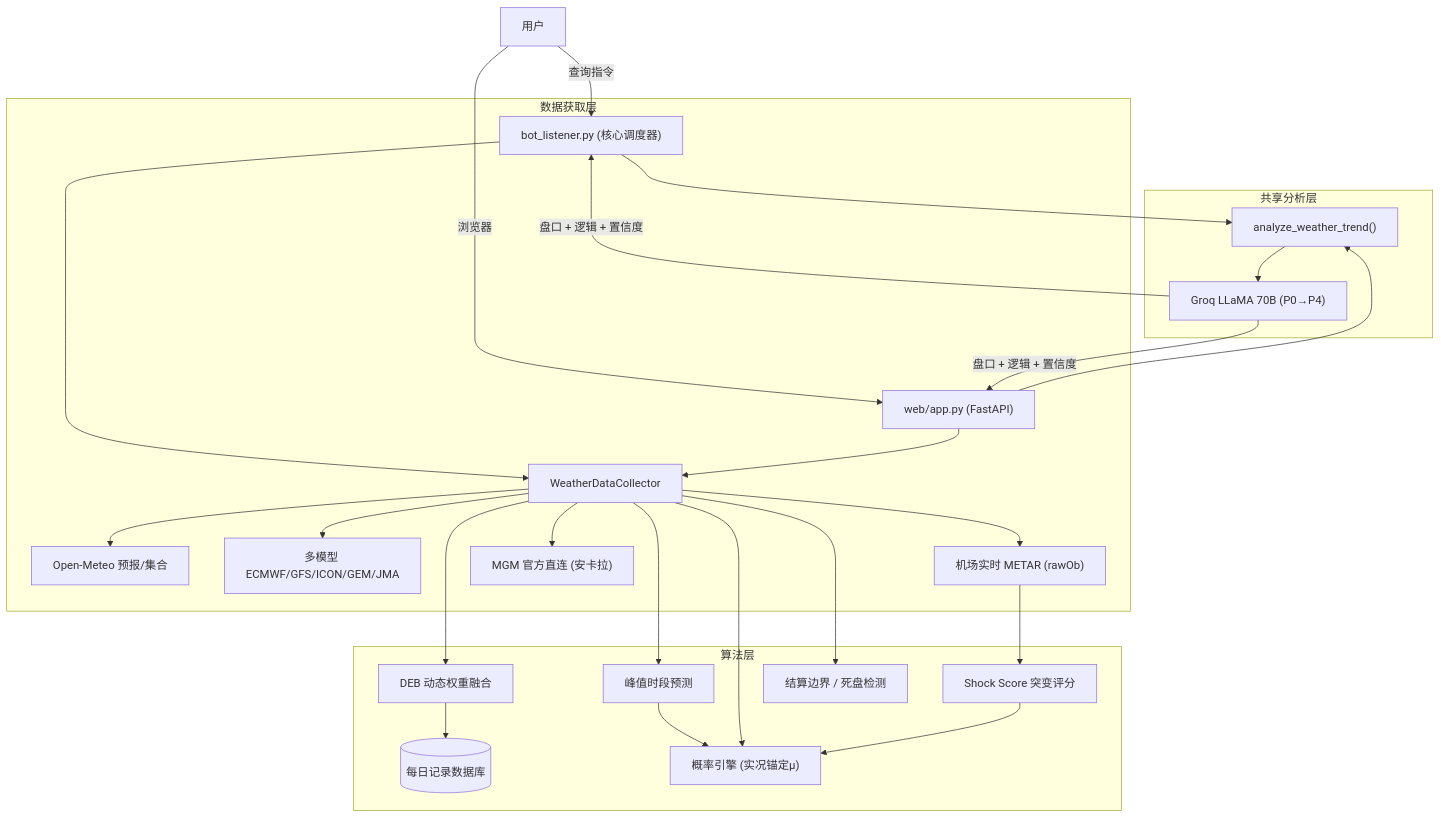
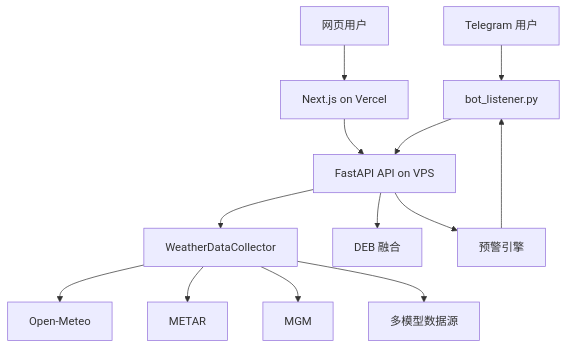
The diagram in README_ZH.md (ivanmladek/PolyWeather), drawn with Mermaid before and after one commit. The commit also changed other lines of this file and 6 other files, not shown here.

Commit message:
feat: Add database-backed user and subscription management, update project architecture documentation, and outline technical debt.

````diff
--- a/README_ZH.md
+++ b/README_ZH.md
@@ -156,34 +155,15 @@
 ```mermaid
 graph TD
-    User[用户] -->|查询指令| Bot["bot_listener.py (核心调度器)"]
-    User -->|浏览器| Web["web/app.py (FastAPI)"]
-
-    subgraph 数据获取层
-        Bot --> Collector[WeatherDataCollector]
-        Web --> Collector
-        Collector --> OM[Open-Meteo 预报/集合]
-        Collector --> MM[多模型 ECMWF/GFS/ICON/GEM/JMA]
-        Collector --> METAR["机场实时 METAR (rawOb)"]
-        Collector --> MGM["MGM 官方直连 (安卡拉)"]
-    end
-
-    subgraph 算法层
-        Collector --> Peak[峰值时段预测]
-        Collector --> DEB[DEB 动态权重融合]
-        DEB --> DB[(每日记录数据库)]
-        Peak --> Prob["概率引擎 (实况锚定μ)"]
-        Collector --> Prob
-        METAR --> Shock[Shock Score 突变评分]
-        Shock --> Prob
-        Collector --> Logic["结算边界 / 死盘检测"]
-    end
-
-    subgraph 共享分析层
-        Bot --> ATF["analyze_weather_trend()"]
-        Web --> ATF
-        ATF --> AI["Groq LLaMA 70B (P0→P4)"]
-    end
-
-    AI -->|盘口 + 逻辑 + 置信度| Bot
-    AI -->|盘口 + 逻辑 + 置信度| Web
+    User[Telegram 用户] --> Bot[bot_listener.py]
+    User2[网页用户] --> Vercel[Next.js on Vercel]
+    Vercel --> API[FastAPI API on VPS]
+    Bot --> API
+    API --> Collector[WeatherDataCollector]
+    Collector --> OM[Open-Meteo]
+    Collector --> METAR[METAR]
+    Collector --> MGM[MGM]
+    Collector --> MM[多模型数据源]
+    API --> DEB[DEB 融合]
+    API --> Alerts[预警引擎]
+    Alerts --> Bot
 ```
````
